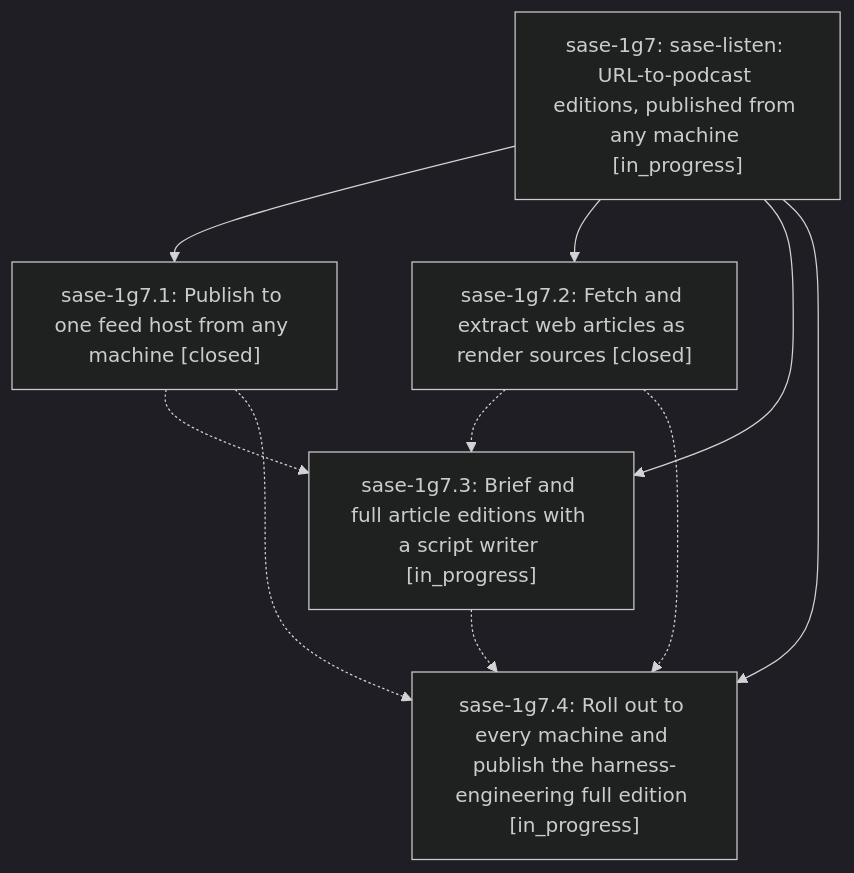
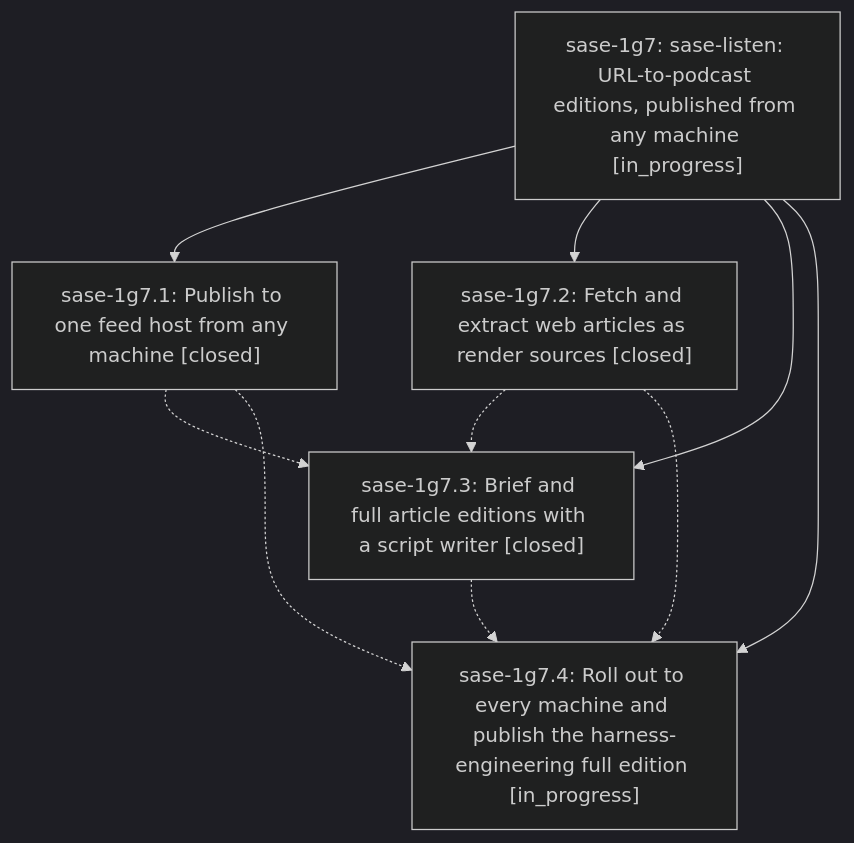
Before and after one commit to sase-org/sase--beads: the diagram in pages/sase-1g7/README.md, drawn with Mermaid (dark theme). The commit also changed other lines of this file and 4 other files, not shown here.

````diff
--- a/pages/sase-1g7/README.md
+++ b/pages/sase-1g7/README.md
@@ -25,17 +37,17 @@
 ```mermaid
 flowchart TD
     n0["sase-1g7: sase-listen: URL-to-podcast editions, published from any machine [in_progress]"]
     n1["sase-1g7.1: Publish to one feed host from any machine [closed]"]
     n2["sase-1g7.2: Fetch and extract web articles as render sources [closed]"]
-    n3["sase-1g7.3: Brief and full article editions with a script writer [in_progress]"]
+    n3["sase-1g7.3: Brief and full article editions with a script writer [closed]"]
     n4["sase-1g7.4: Roll out to every machine and publish the harness-engineering full edition [in_progress]"]
     n0 --> n1
     n0 --> n2
     n0 --> n3
     n0 --> n4
     n1 -.-> n3
     n1 -.-> n4
     n2 -.-> n3
     n2 -.-> n4
     n3 -.-> n4
 ```
````
